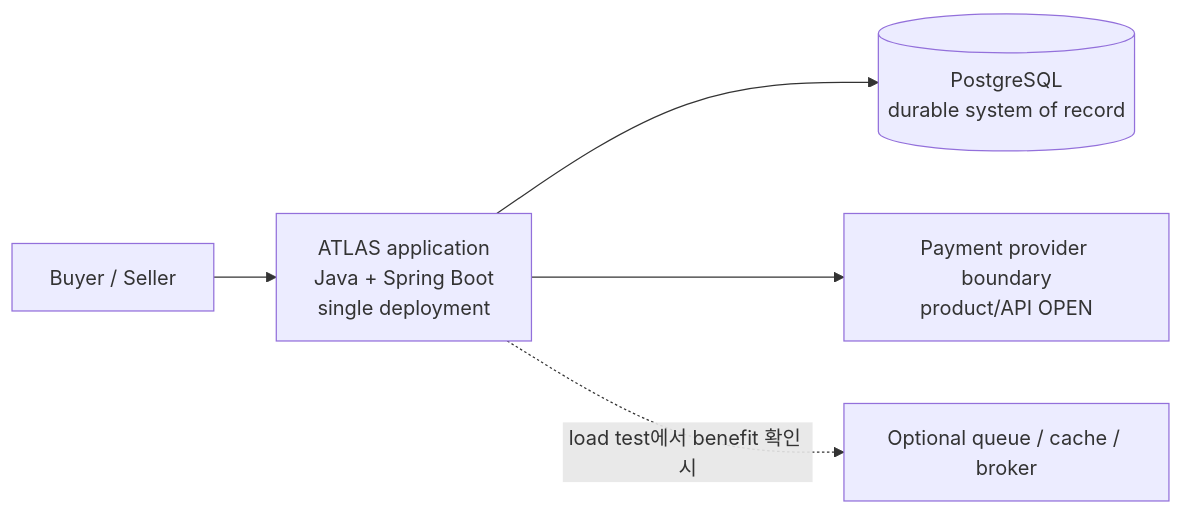
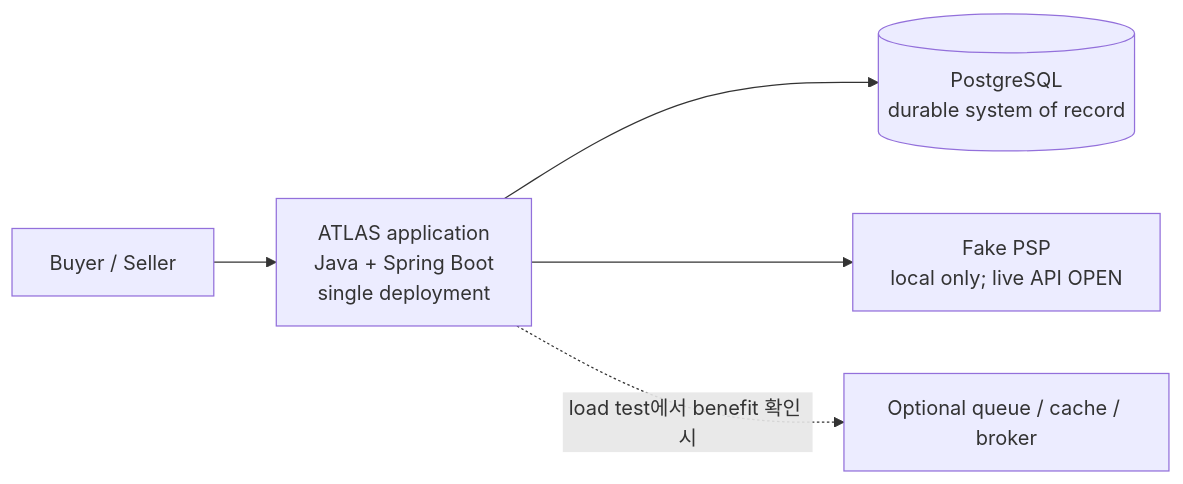
One commit to Neo1228/ATLAS changed the first of 2 diagrams in docs/06-decisions/adr/ADR-0001-architecture-style.md. Above: the diagram before and after it, drawn with Mermaid. The commit also changed other lines of this file and 75 other files, not shown here.

````diff
--- a/docs/06-decisions/adr/ADR-0001-architecture-style.md
+++ b/docs/06-decisions/adr/ADR-0001-architecture-style.md
@@ -34,7 +34,7 @@
 ```mermaid
 flowchart LR
     Buyer[Buyer / Seller] --> App["ATLAS application<br/>Java + Spring Boot<br/>single deployment"]
     App --> DB[("PostgreSQL<br/>durable system of record")]
-    App --> PSP["Payment provider boundary<br/>product/API OPEN"]
+    App --> PSP["Fake PSP<br/>local only; live API OPEN"]
     App -. "load test에서 benefit 확인 시" .-> Optional["Optional queue / cache / broker"]
 ```
````
